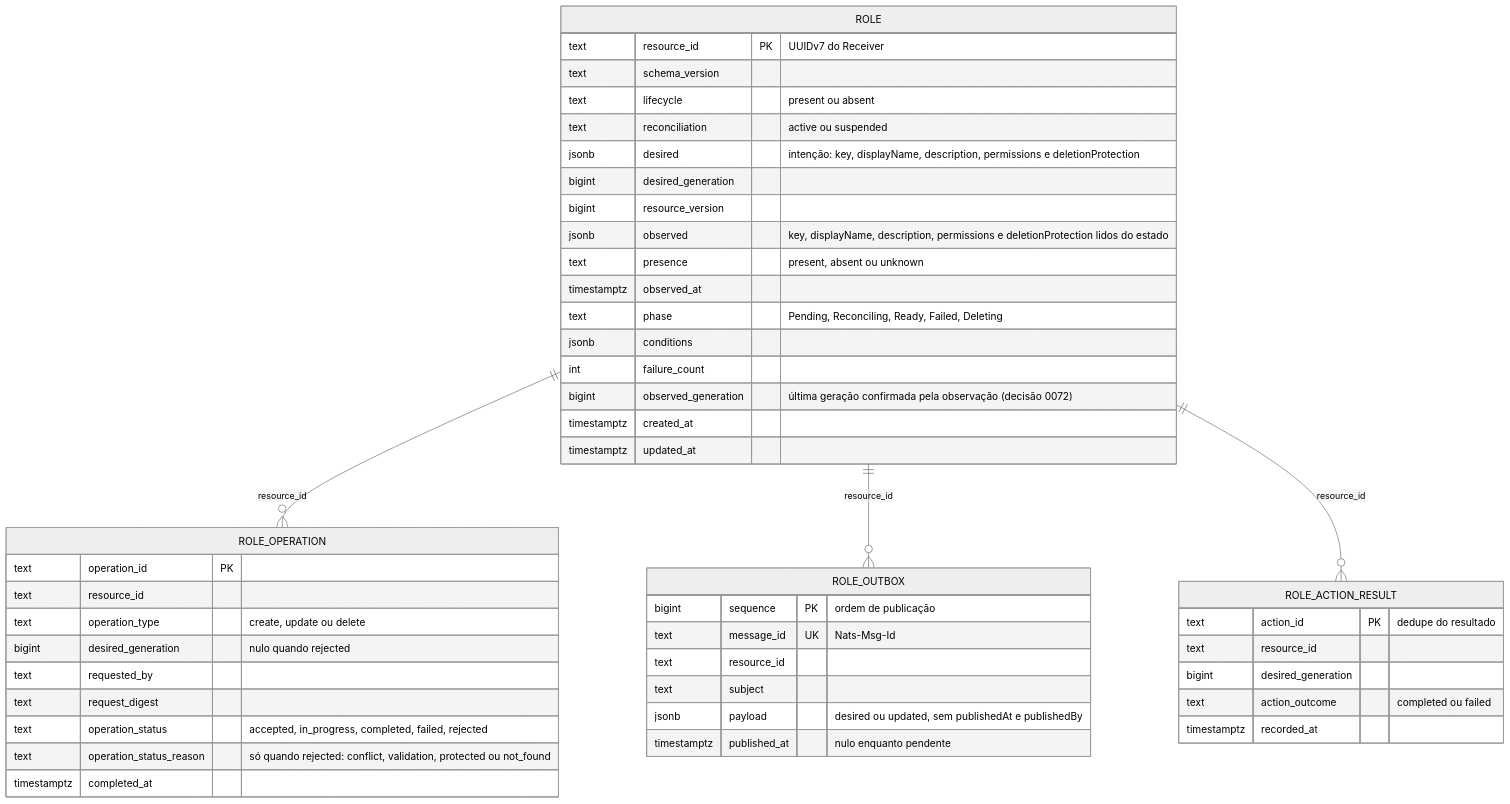
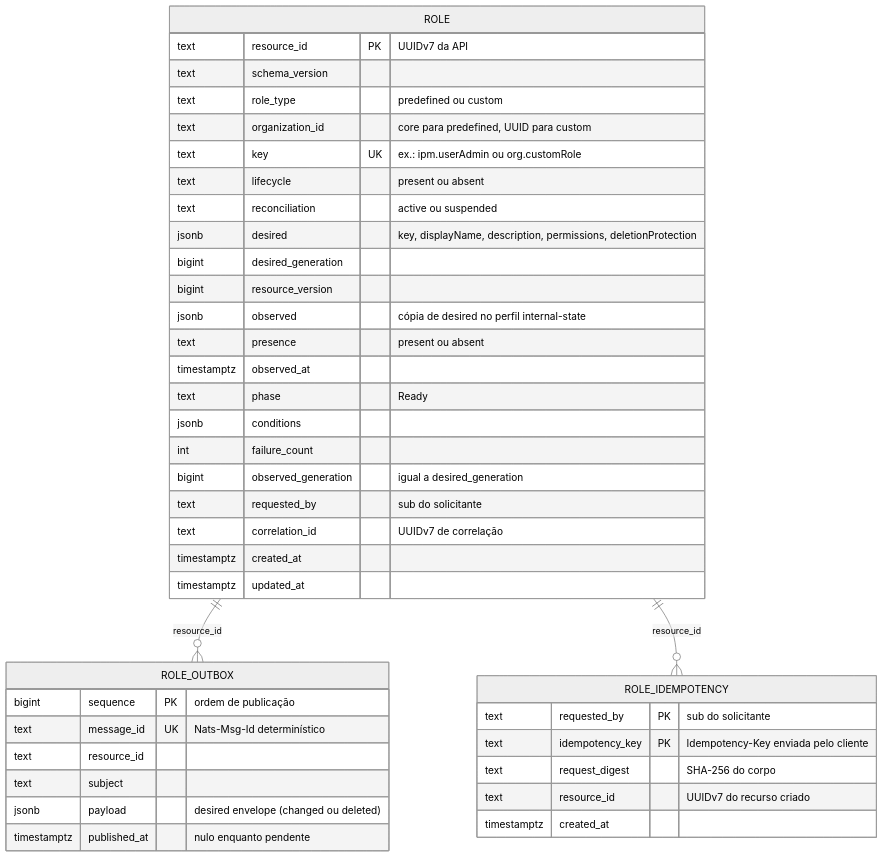
One commit to danielsabatini/smarkee changed the diagram in features/ipm/role/docs/database/01-er-fisico.mmd. Above: the diagram before and after it, drawn with Mermaid (neutral theme). The commit also changed 83 other files, not shown here.

Commit message:
docs(features): atualiza data flows e diagramas de role, group, bsm/account e core/account

```diff
--- a/features/ipm/role/docs/database/01-er-fisico.mmd
+++ b/features/ipm/role/docs/database/01-er-fisico.mmd
@@ -1,49 +1,42 @@
 erDiagram
-    ROLE ||--o{ ROLE_OPERATION : "resource_id"
     ROLE ||--o{ ROLE_OUTBOX : "resource_id"
-    ROLE ||--o{ ROLE_ACTION_RESULT : "resource_id"
+    ROLE ||--o{ ROLE_IDEMPOTENCY : "resource_id"
 
     ROLE {
-        text resource_id PK "UUIDv7 do Receiver"
+        text resource_id PK "UUIDv7 da API"
         text schema_version
+        text role_type "predefined ou custom"
+        text organization_id "core para predefined, UUID para custom"
+        text key UK "ex.: ipm.userAdmin ou org.customRole"
         text lifecycle "present ou absent"
         text reconciliation "active ou suspended"
-        jsonb desired "intenção: key, displayName, description, permissions e deletionProtection"
+        jsonb desired "key, displayName, description, permissions, deletionProtection"
         bigint desired_generation
         bigint resource_version
-        jsonb observed "key, displayName, description, permissions e deletionProtection lidos do estado"
-        text presence "present, absent ou unknown"
+        jsonb observed "cópia de desired no perfil internal-state"
+        text presence "present ou absent"
         timestamptz observed_at
-        text phase "Pending, Reconciling, Ready, Failed, Deleting"
+        text phase "Ready"
         jsonb conditions
         int failure_count
-        bigint observed_generation "última geração confirmada pela observação (decisão 0072)"
+        bigint observed_generation "igual a desired_generation"
+        text requested_by "sub do solicitante"
+        text correlation_id "UUIDv7 de correlação"
         timestamptz created_at
         timestamptz updated_at
     }
-    ROLE_OPERATION {
-        text operation_id PK
-        text resource_id
-        text operation_type "create, update ou delete"
-        bigint desired_generation "nulo quando rejected"
-        text requested_by
-        text request_digest
-        text operation_status "accepted, in_progress, completed, failed, rejected"
-        text operation_status_reason "só quando rejected: conflict, validation, protected ou not_found"
-        timestamptz completed_at
-    }
     ROLE_OUTBOX {
         bigint sequence PK "ordem de publicação"
-        text message_id UK "Nats-Msg-Id"
+        text message_id UK "Nats-Msg-Id determinístico"
         text resource_id
         text subject
-        jsonb payload "desired ou updated, sem publishedAt e publishedBy"
+        jsonb payload "desired envelope (changed ou deleted)"
         timestamptz published_at "nulo enquanto pendente"
     }
-    ROLE_ACTION_RESULT {
-        text action_id PK "dedupe do resultado"
-        text resource_id
-        bigint desired_generation
-        text action_outcome "completed ou failed"
-        timestamptz recorded_at
+    ROLE_IDEMPOTENCY {
+        text requested_by PK "sub do solicitante"
+        text idempotency_key PK "Idempotency-Key enviada pelo cliente"
+        text request_digest "SHA-256 do corpo"
+        text resource_id "UUIDv7 do recurso criado"
+        timestamptz created_at
     }
```
